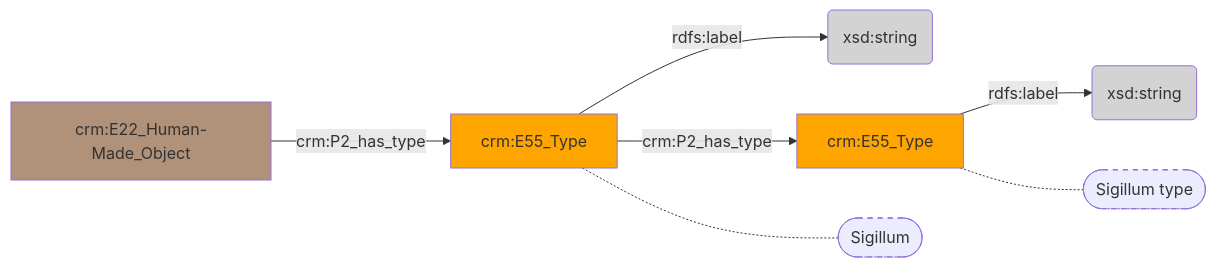
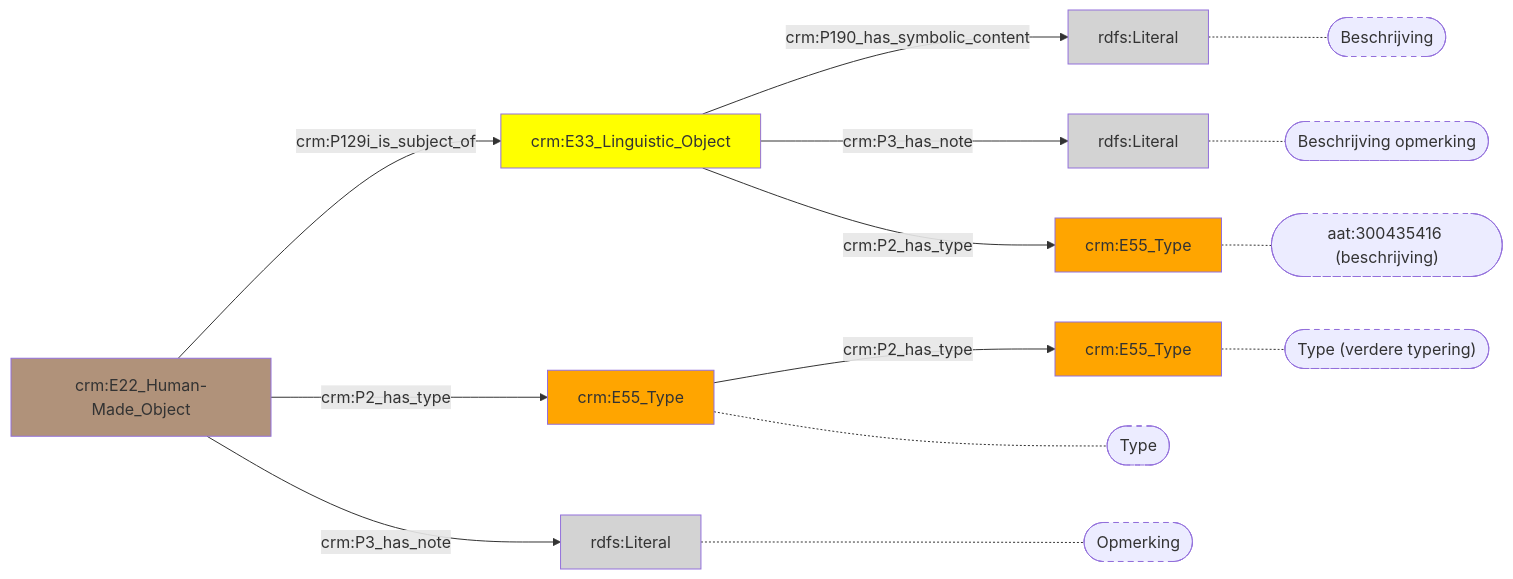
The diagram in docs/content/modellen/BibliographicalObject/Inhoud.md (digipolisantwerpdocumentation/antwerp-cultureel-erfgoed), drawn with Mermaid before and after one commit. The commit also changed 170 other files, not shown here.

````diff
--- a/docs/content/modellen/BibliographicalObject/Inhoud.md
+++ b/docs/content/modellen/BibliographicalObject/Inhoud.md
@@ -1,16 +1,30 @@
 ```mermaid
 graph LR
-5f7d3f52-62b7-11ee-bc5c-00163e71351b["crm:E55_Type"]-->|"rdfs:label"|5f7d466e-62b7-11ee-bc5c-00163e71351b(xsd:string)
-5f7d44a2-62b7-11ee-bc5c-00163e71351b["crm:E55_Type"]-->|"rdfs:label"|5f7d47e0-62b7-11ee-bc5c-00163e71351b(xsd:string)
-099f196c-df80-11ed-9232-00163e71351b["crm:E22_Human-Made_Object"]-->|"crm:P2_has_type"|5f7d3f52-62b7-11ee-bc5c-00163e71351b["crm:E55_Type"]
-5f7d3f52-62b7-11ee-bc5c-00163e71351b["crm:E55_Type"]-->|"crm:P2_has_type"|5f7d44a2-62b7-11ee-bc5c-00163e71351b["crm:E55_Type"]
-5f7d3f52-62b7-11ee-bc5c-00163e71351b["crm:E55_Type"]-.-5f7d3f52-62b7-11ee-bc5c-00163e71351b_s(["Sigillum"])
-5f7d44a2-62b7-11ee-bc5c-00163e71351b["crm:E55_Type"]-.-5f7d44a2-62b7-11ee-bc5c-00163e71351b_s(["Sigillum type"])
-style 5f7d3f52-62b7-11ee-bc5c-00163e71351b_s stroke-dasharray: 5
-style 5f7d44a2-62b7-11ee-bc5c-00163e71351b_s stroke-dasharray: 5
 style 099f196c-df80-11ed-9232-00163e71351b fill:#B0927A
+style 35eb661e-ee5e-11ed-a1e6-00163e71351b fill:#ffff00
+style 35eb6d76-ee5e-11ed-a1e6-00163e71351b fill:#ffa500
+style 35eb71cc-ee5e-11ed-a1e6-00163e71351b fill:#D3D3D3
+style 4a65efec-cb0c-11ee-accf-960002548b4f fill:#D3D3D3
 style 5f7d3f52-62b7-11ee-bc5c-00163e71351b fill:#ffa500
 style 5f7d44a2-62b7-11ee-bc5c-00163e71351b fill:#ffa500
-style 5f7d466e-62b7-11ee-bc5c-00163e71351b fill:#D3D3D3
-style 5f7d47e0-62b7-11ee-bc5c-00163e71351b fill:#D3D3D3
+style 9a15d478-233f-11ef-aa25-960002548b4f fill:#D3D3D3
+099f196c-df80-11ed-9232-00163e71351b["crm:E22_Human-Made_Object"]-->|"crm:P3_has_note"|4a65efec-cb0c-11ee-accf-960002548b4f(rdfs:Literal)
+35eb661e-ee5e-11ed-a1e6-00163e71351b["crm:E33_Linguistic_Object"]-->|"crm:P190_has_symbolic_content"|35eb71cc-ee5e-11ed-a1e6-00163e71351b(rdfs:Literal)
+35eb661e-ee5e-11ed-a1e6-00163e71351b["crm:E33_Linguistic_Object"]-->|"crm:P3_has_note"|9a15d478-233f-11ef-aa25-960002548b4f(rdfs:Literal)
+099f196c-df80-11ed-9232-00163e71351b["crm:E22_Human-Made_Object"]-->|"crm:P129i_is_subject_of"|35eb661e-ee5e-11ed-a1e6-00163e71351b["crm:E33_Linguistic_Object"]
+099f196c-df80-11ed-9232-00163e71351b["crm:E22_Human-Made_Object"]-->|"crm:P2_has_type"|5f7d3f52-62b7-11ee-bc5c-00163e71351b["crm:E55_Type"]
+35eb661e-ee5e-11ed-a1e6-00163e71351b["crm:E33_Linguistic_Object"]-->|"crm:P2_has_type"|35eb6d76-ee5e-11ed-a1e6-00163e71351b["crm:E55_Type"]
+5f7d3f52-62b7-11ee-bc5c-00163e71351b["crm:E55_Type"]-->|"crm:P2_has_type"|5f7d44a2-62b7-11ee-bc5c-00163e71351b["crm:E55_Type"]
+5f7d3f52-62b7-11ee-bc5c-00163e71351b["crm:E55_Type"]-.-5f7d3f52-62b7-11ee-bc5c-00163e71351b_s(["Type"])
+4a65efec-cb0c-11ee-accf-960002548b4f["rdfs:Literal"]-.-4a65efec-cb0c-11ee-accf-960002548b4f_s(["Opmerking"])
+35eb71cc-ee5e-11ed-a1e6-00163e71351b["rdfs:Literal"]-.-35eb71cc-ee5e-11ed-a1e6-00163e71351b_s(["Beschrijving"])
+35eb6d76-ee5e-11ed-a1e6-00163e71351b["crm:E55_Type"]-.-35eb6d76-ee5e-11ed-a1e6-00163e71351b_s(["aat:300435416 (beschrijving)"])
+9a15d478-233f-11ef-aa25-960002548b4f["rdfs:Literal"]-.-9a15d478-233f-11ef-aa25-960002548b4f_s(["Beschrijving opmerking"])
+5f7d44a2-62b7-11ee-bc5c-00163e71351b["crm:E55_Type"]-.-5f7d44a2-62b7-11ee-bc5c-00163e71351b_s(["Type (verdere typering)"])
+style 5f7d3f52-62b7-11ee-bc5c-00163e71351b_s stroke-dasharray: 5
+style 4a65efec-cb0c-11ee-accf-960002548b4f_s stroke-dasharray: 5
+style 35eb71cc-ee5e-11ed-a1e6-00163e71351b_s stroke-dasharray: 5
+style 35eb6d76-ee5e-11ed-a1e6-00163e71351b_s stroke-dasharray: 5
+style 9a15d478-233f-11ef-aa25-960002548b4f_s stroke-dasharray: 5
+style 5f7d44a2-62b7-11ee-bc5c-00163e71351b_s stroke-dasharray: 5
 ```
````
